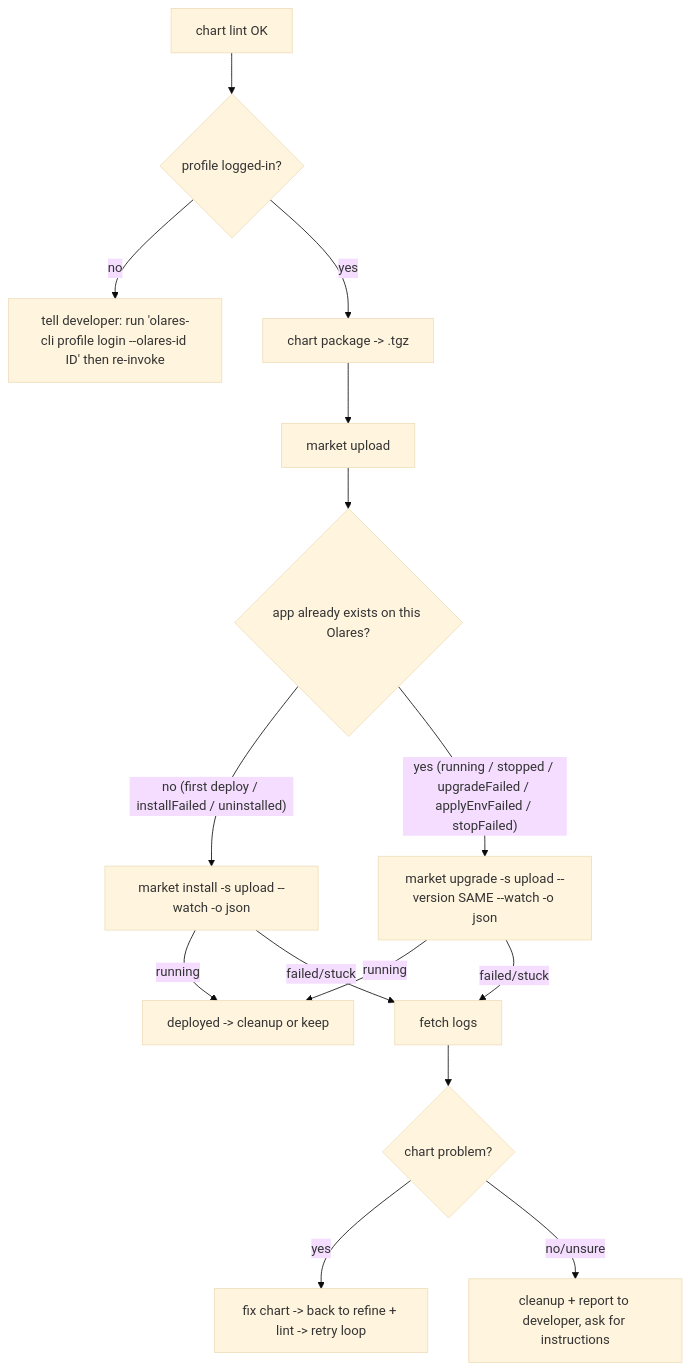
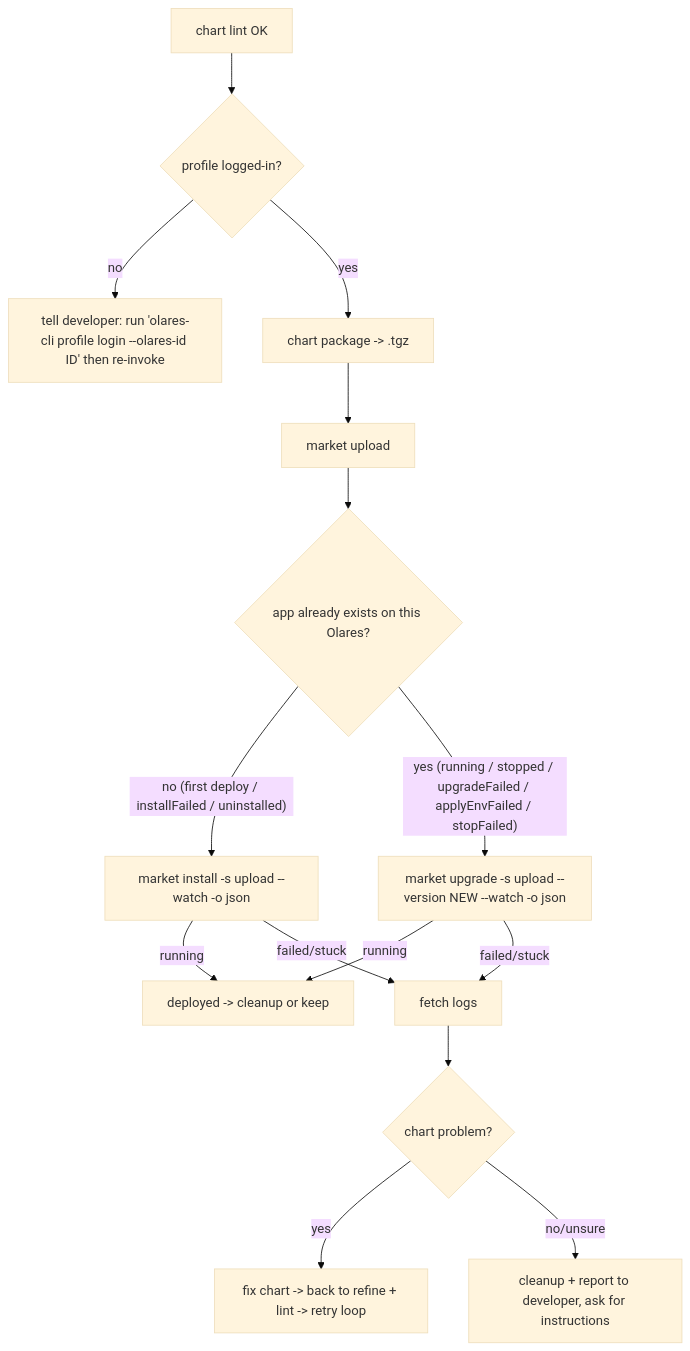
Before and after one commit to beclab/Olares: the diagram in cli/skills/olares-chart/references/olares-chart-deploy.md, drawn with Mermaid (base theme). The commit also changed other lines of this file and 6 other files, not shown here.

First line of the commit message:
docs(cli): document flat resource envelope and bump-on-upload in olares-chart skill

````diff
--- a/cli/skills/olares-chart/references/olares-chart-deploy.md
+++ b/cli/skills/olares-chart/references/olares-chart-deploy.md
@@ -10,17 +10,17 @@
 ```mermaid
 flowchart TD
   lintok["chart lint OK"] --> login{"profile logged-in?"}
   login -->|no| tell["tell developer: run 'olares-cli profile login --olares-id ID' then re-invoke"]
   login -->|yes| pkg["chart package -> .tgz"]
   pkg --> up["market upload"]
   up --> exists{"app already exists on this Olares?"}
   exists -->|"no (first deploy / installFailed / uninstalled)"| inst["market install -s upload --watch -o json"]
-  exists -->|"yes (running / stopped / upgradeFailed / applyEnvFailed / stopFailed)"| upg["market upgrade -s upload --version SAME --watch -o json"]
+  exists -->|"yes (running / stopped / upgradeFailed / applyEnvFailed / stopFailed)"| upg["market upgrade -s upload --version NEW --watch -o json"]
   inst -->|running| done["deployed -> cleanup or keep"]
   upg -->|running| done
   upg -->|failed/stuck| diag
   inst -->|failed/stuck| diag["fetch logs"]
   diag --> isChart{"chart problem?"}
   isChart -->|yes| fix["fix chart -> back to refine + lint -> retry loop"]
   isChart -->|no/unsure| report["cleanup + report to developer, ask for instructions"]
 ```
````
